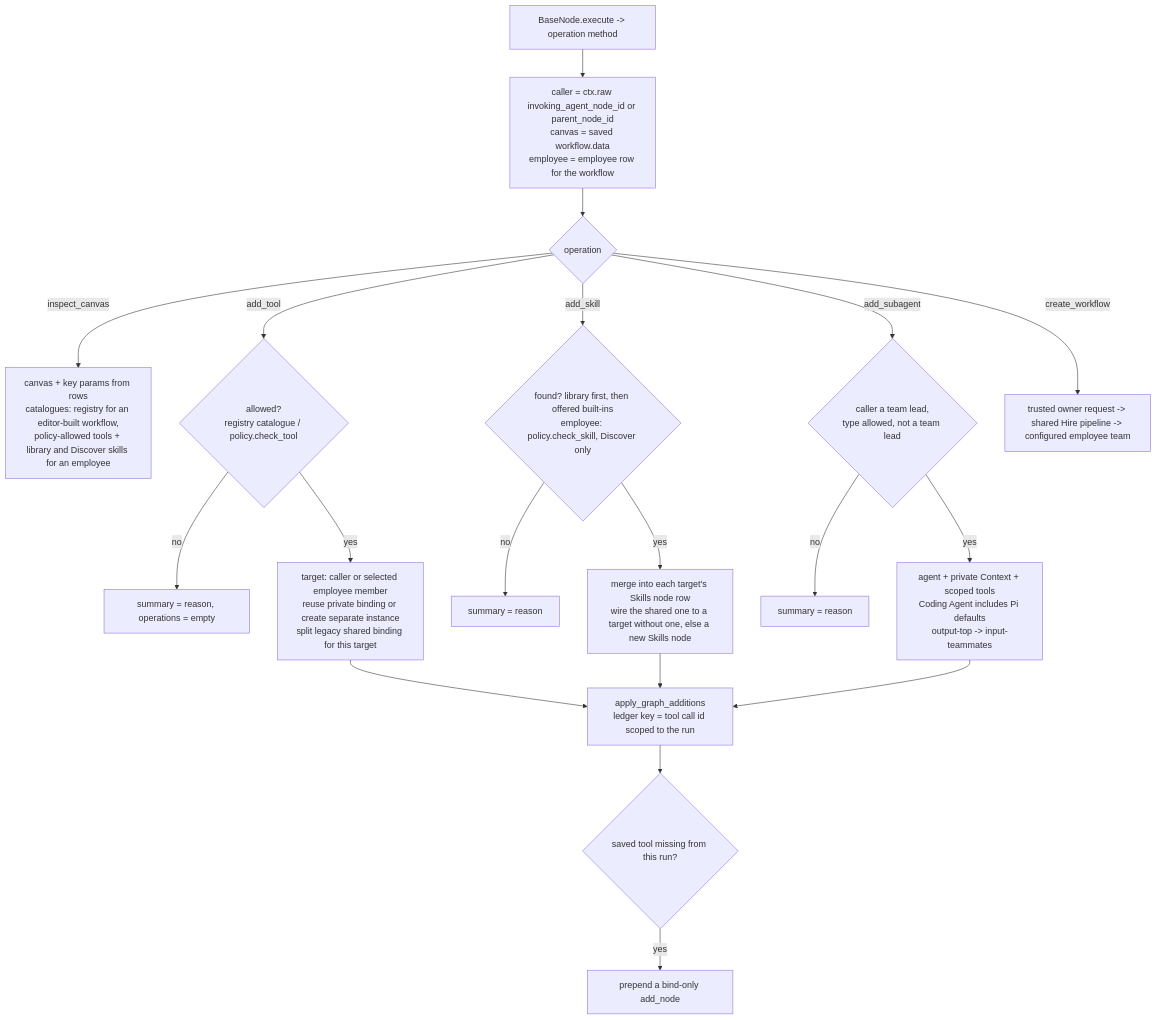
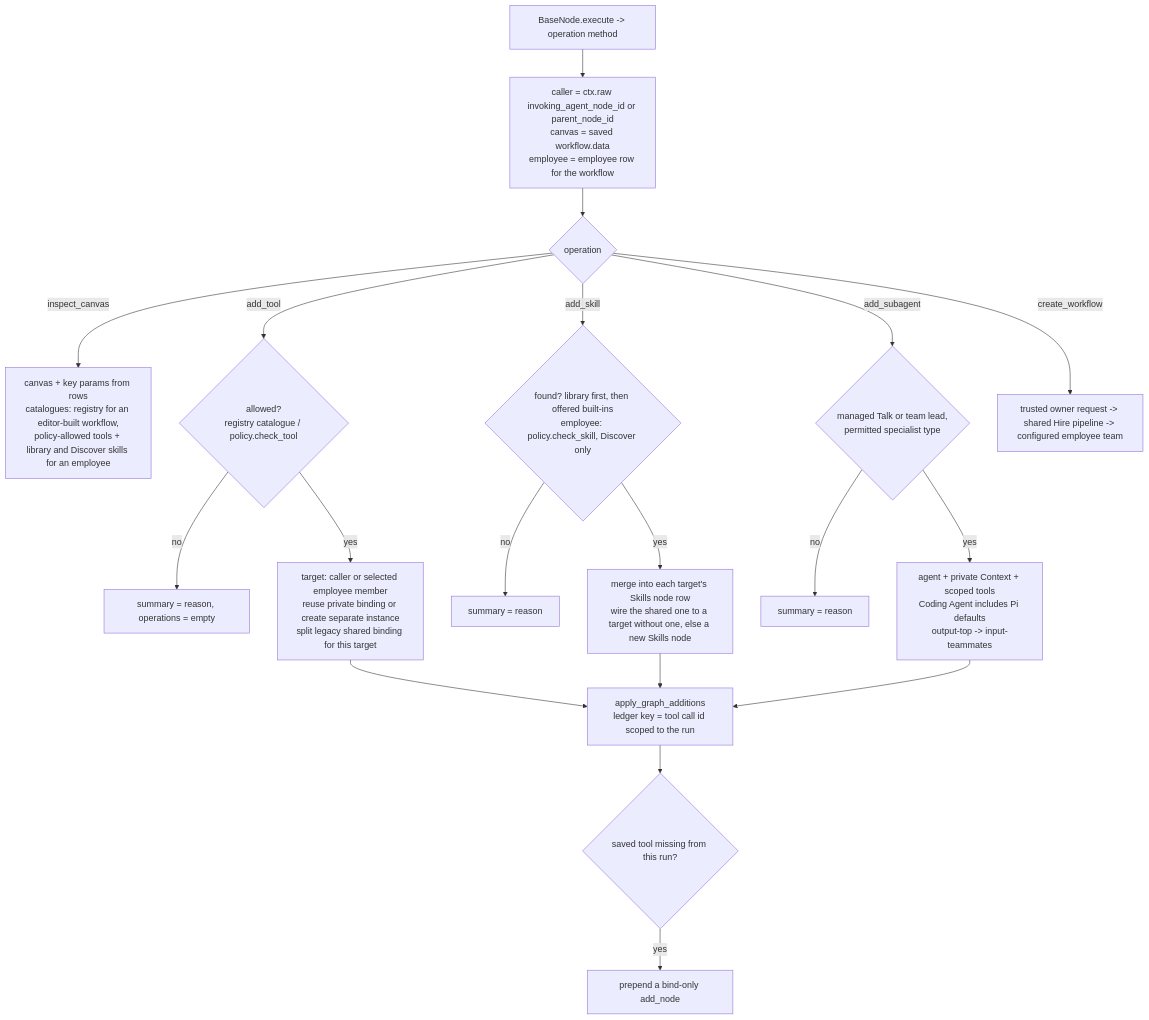
Before and after one commit to zeenie-ai/OpenCompany: the diagram in docs-internal/node-logic-flows/ai_tools/agentBuilder.md, drawn with Mermaid. The commit also changed other lines of this file and 24 other files, not shown here.

````diff
--- a/docs-internal/node-logic-flows/ai_tools/agentBuilder.md
+++ b/docs-internal/node-logic-flows/ai_tools/agentBuilder.md
@@ -117,21 +118,21 @@
 ```mermaid
 flowchart TD
   A[BaseNode.execute -> operation method] --> C[caller = ctx.raw invoking_agent_node_id or parent_node_id<br/>canvas = saved workflow.data<br/>employee = employee row for the workflow]
   C --> R{operation}
   R -- inspect_canvas --> I[canvas + key params from rows<br/>catalogues: registry for an editor-built workflow,<br/>policy-allowed tools + library and Discover skills for an employee]
   R -- add_tool --> T{allowed?<br/>registry catalogue / policy.check_tool}
   T -- no --> Tn[summary = reason, operations = empty]
   T -- yes --> Tp[target: caller or selected employee member<br/>reuse private binding or create separate instance<br/>split legacy shared binding for this target]
   Tp --> S[apply_graph_additions<br/>ledger key = tool call id scoped to the run]
   S --> Tb{saved tool missing from this run?}
   Tb -- yes --> Tbo[prepend a bind-only add_node]
   R -- add_skill --> K{found? library first, then offered built-ins<br/>employee: policy.check_skill, Discover only}
   K -- no --> Kn[summary = reason]
   K -- yes --> Kp[merge into each target's Skills node row<br/>wire the shared one to a target without one, else a new Skills node]
   Kp --> S
-  R -- add_subagent --> G{caller a team lead,<br/>type allowed, not a team lead}
+  R -- add_subagent --> G{managed Talk or team lead,<br/>permitted specialist type}
   G -- no --> Gn[summary = reason]
   G -- yes --> Gp[agent + private Context + scoped tools<br/>Coding Agent includes Pi defaults<br/>output-top -> input-teammates]
   Gp --> S
   R -- create_workflow --> W[trusted owner request -> shared Hire pipeline -> configured employee team]
 ```
````
